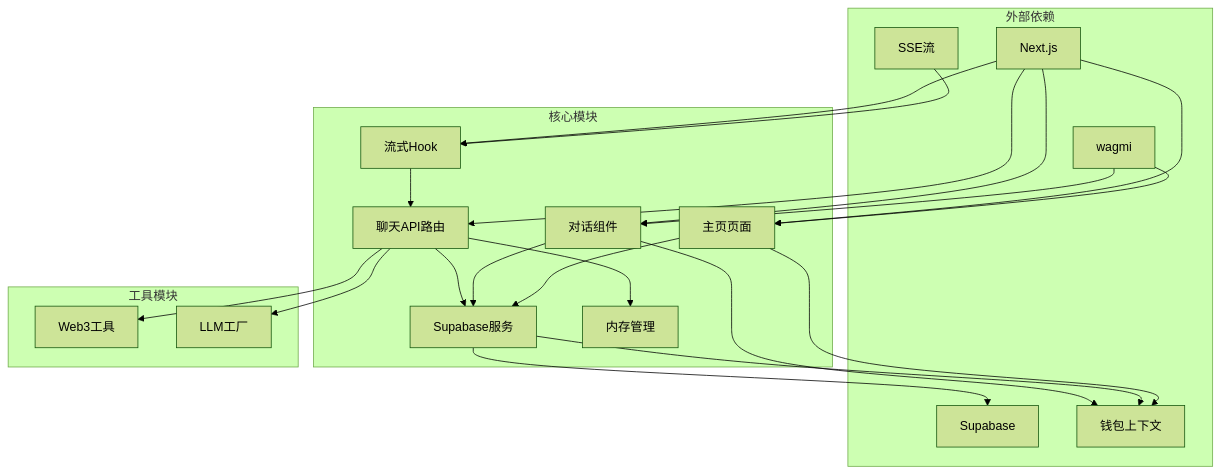
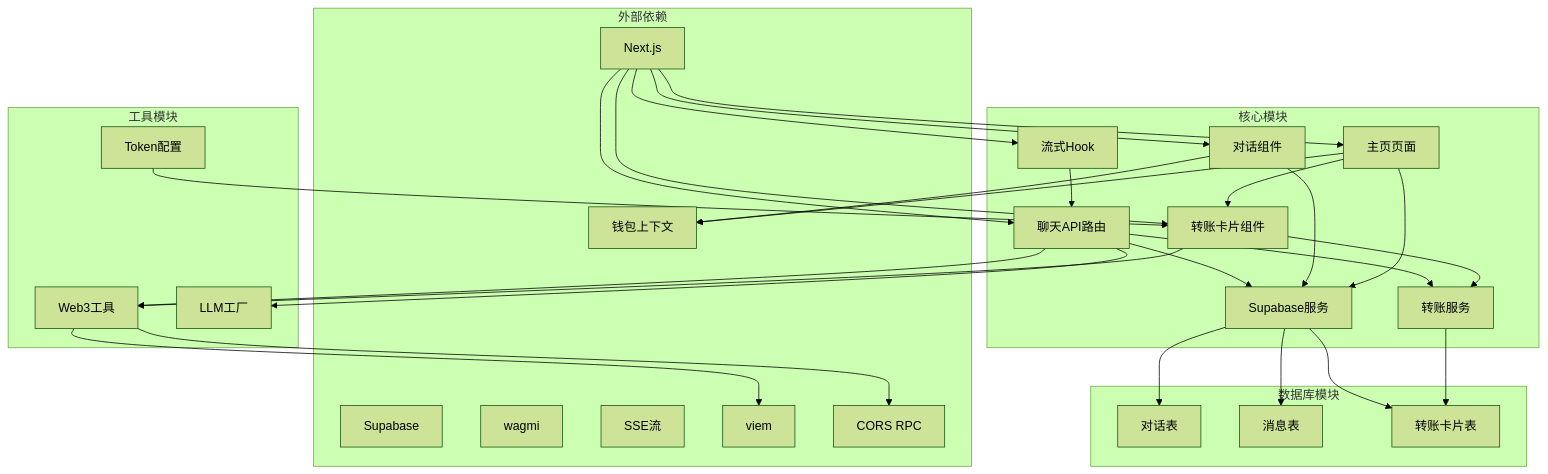
One commit to CryptoLinxu/Web3-AI-Agent changed diagram 14 of 14 in .qoder/repowiki/zh/content/核心技能详解/对话持久化系统.md. Above: the diagram before and after it, drawn with Mermaid (forest theme). The commit also changed other lines of this file and 7 other files, not shown here.

````diff
--- a/.qoder/repowiki/zh/content/核心技能详解/对话持久化系统.md
+++ b/.qoder/repowiki/zh/content/核心技能详解/对话持久化系统.md
@@ -491,40 +637,55 @@
 ```mermaid
 graph TB
 subgraph "外部依赖"
 A[Next.js]
 B[Supabase]
 C[wagmi]
 D[SSE流]
 E[钱包上下文]
+F[viem]
+G[CORS RPC]
 end
 subgraph "核心模块"
-F[聊天API路由]
-G[流式Hook]
-H[对话组件]
-I[Supabase服务]
-J[内存管理]
-K[主页页面]
+H[聊天API路由]
+I[流式Hook]
+J[对话组件]
+K[Supabase服务]
+L[转账服务]
+M[主页页面]
+N[转账卡片组件]
 end
 subgraph "工具模块"
-L[Web3工具]
-M[LLM工厂]
+O[Web3工具]
+P[LLM工厂]
+Q[Token配置]
 end
-A --> F
-A --> G
+subgraph "数据库模块"
+R[对话表]
+S[消息表]
+T[转账卡片表]
+end
 A --> H
-A --> K
-F --> I
-F --> J
-F --> L
-F --> M
-G --> F
-H --> I
-H --> E
-I --> B
-I --> E
-C --> H
-C --> K
-D --> G
-K --> E
-K --> I
+A --> I
+A --> J
+A --> M
+A --> N
+H --> K
+H --> L
+H --> O
+H --> P
+I --> H
+J --> K
+J --> E
+K --> R
+K --> S
+K --> T
+L --> T
+M --> E
+M --> K
+M --> N
+N --> L
+N --> O
+O --> F
+O --> G
+Q --> N
 ```
````
